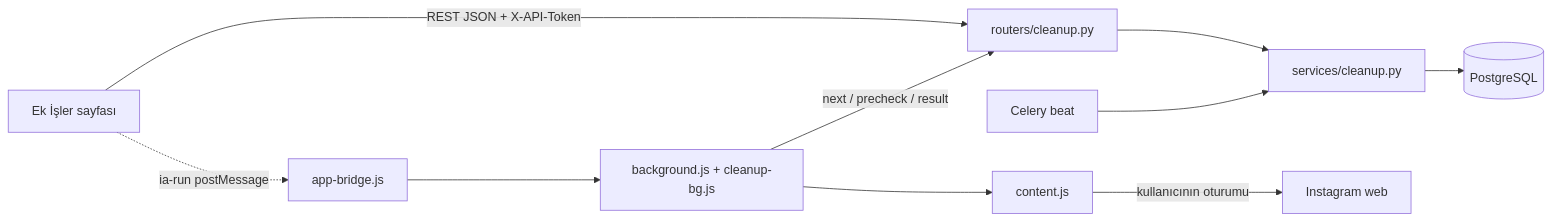
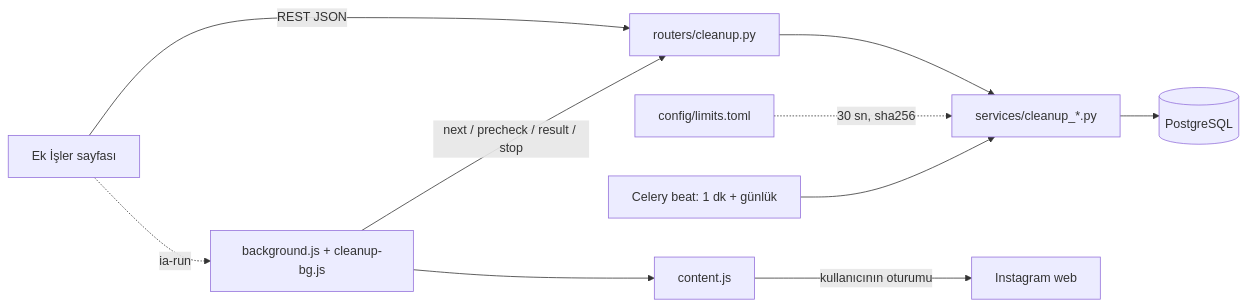
The second of 6 diagrams in docs/specs/SPEC-001-kaydedilen-ve-dm-temizleme.md (GktuOktay/InstaAnalytic), drawn with Mermaid before and after one commit. The commit also changed other lines of this file and 13 other files, not shown here.

````diff
--- a/docs/specs/SPEC-001-kaydedilen-ve-dm-temizleme.md
+++ b/docs/specs/SPEC-001-kaydedilen-ve-dm-temizleme.md
@@ -306,12 +587,12 @@
 ```mermaid
 flowchart LR
-  UI[Ek İşler sayfası] -->|REST JSON + X-API-Token| API[routers/cleanup.py]
-  API --> SVC[services/cleanup.py]
+  UI[Ek İşler sayfası] -->|REST JSON| API[routers/cleanup.py]
+  API --> SVC[services/cleanup_*.py]
   SVC --> DB[(PostgreSQL)]
-  BEAT[Celery beat] --> SVC
-  UI -.->|ia-run postMessage| AB[app-bridge.js]
-  AB --> BG[background.js + cleanup-bg.js]
-  BG -->|next / precheck / result| API
+  LIM[config/limits.toml] -.->|30 sn, sha256| SVC
+  BEAT[Celery beat: 1 dk + günlük] --> SVC
+  UI -.->|ia-run| BG[background.js + cleanup-bg.js]
+  BG -->|next / precheck / result / stop| API
   BG --> CS[content.js]
   CS -->|kullanıcının oturumu| IG[Instagram web]
 ```
````
